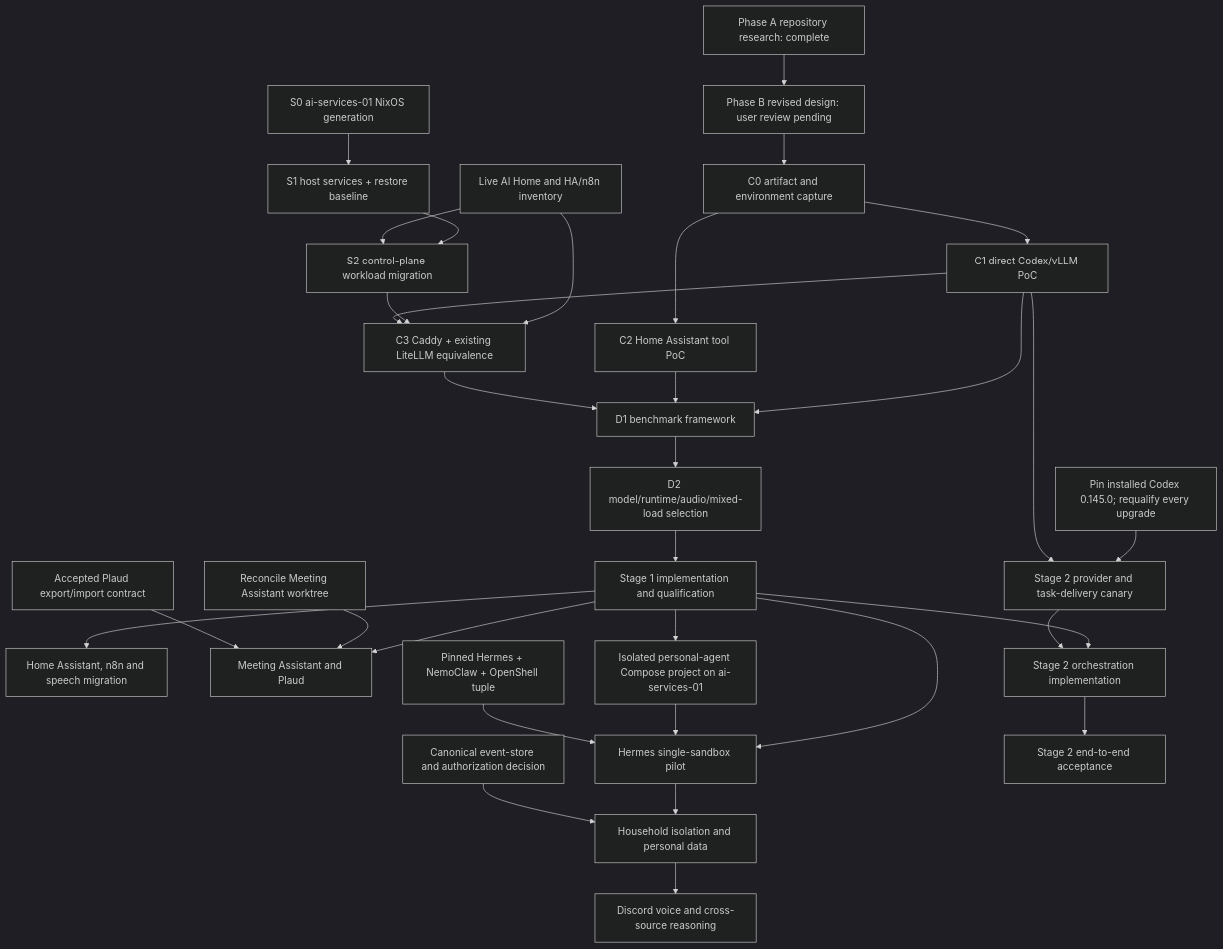
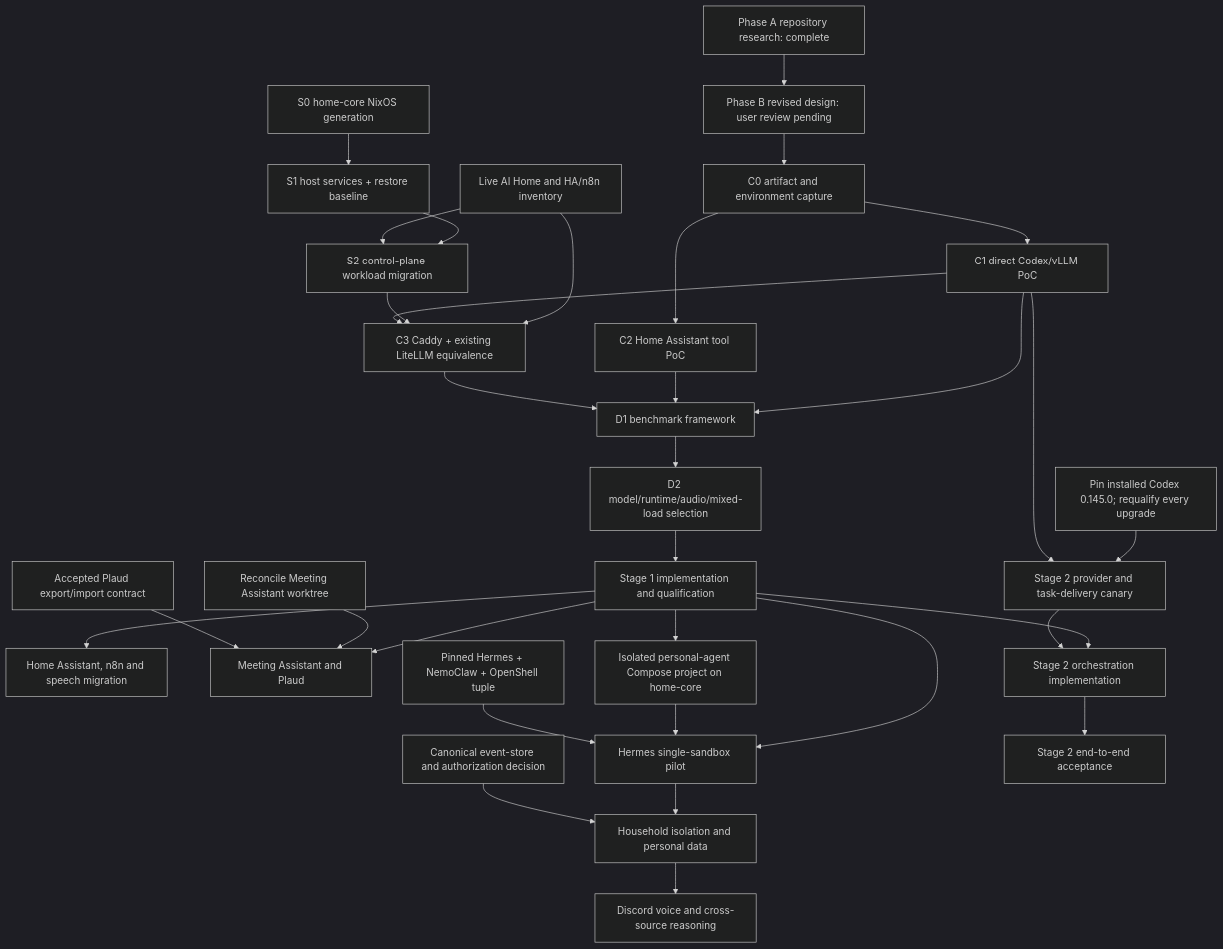
Before and after one commit to madslundt/HomeCompute: the first of 3 diagrams in docs/dependency-graph.md, drawn with Mermaid (dark theme). The commit also changed other lines of this file and 60 other files, not shown here.

Commit message:
feat: deploy home-core from pinned Git commits

````diff
--- a/docs/dependency-graph.md
+++ b/docs/dependency-graph.md
@@ -7,35 +7,35 @@
 ```mermaid
 flowchart TD
     A[Phase A repository research: complete] --> B[Phase B revised design: user review pending]
     Inventory[Live AI Home and HA/n8n inventory] --> C3
-    S0[S0 ai-services-01 NixOS generation] --> S1[S1 host services + restore baseline]
+    S0[S0 home-core NixOS generation] --> S1[S1 host services + restore baseline]
     S1 --> S2[S2 control-plane workload migration]
     Inventory --> S2
     S2 --> C3
     B --> C0[C0 artifact and environment capture]
     C0 --> C1[C1 direct Codex/vLLM PoC]
     C0 --> C2[C2 Home Assistant tool PoC]
     C1 --> C3[C3 Caddy + existing LiteLLM equivalence]
     C1 --> D1[D1 benchmark framework]
     C2 --> D1
     C3 --> D1
     D1 --> D2[D2 model/runtime/audio/mixed-load selection]
     D2 --> E[Stage 1 implementation and qualification]
     E --> G[Home Assistant, n8n and speech migration]
     E --> H[Meeting Assistant and Plaud]
     MeetingBaseline[Reconcile Meeting Assistant worktree] --> H
     PlaudContract[Accepted Plaud export/import contract] --> H
     E --> I[Hermes single-sandbox pilot]
-    E --> AgentHost[Isolated personal-agent Compose project on ai-services-01]
+    E --> AgentHost[Isolated personal-agent Compose project on home-core]
     AgentHost --> I
     HermesTuple[Pinned Hermes + NemoClaw + OpenShell tuple] --> I
     I --> J[Household isolation and personal data]
     PersonalStore[Canonical event-store and authorization decision] --> J
     J --> Voice[Discord voice and cross-source reasoning]
 
     Version[Pin installed Codex 0.145.0; requalify every upgrade] --> F0[Stage 2 provider and task-delivery canary]
     C1 --> F0
     E --> F1[Stage 2 orchestration implementation]
     F0 --> F1
     F1 --> F2[Stage 2 end-to-end acceptance]
 ```
````
